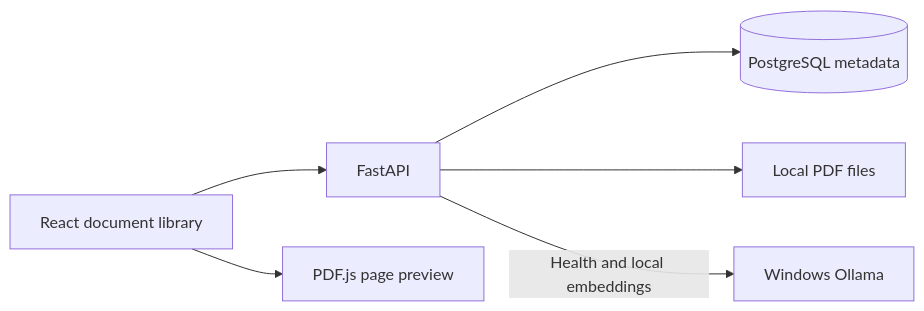
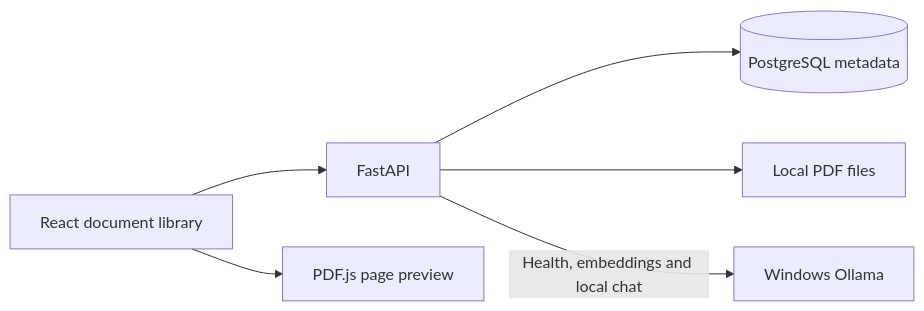
The diagram in README.md (Amrincode/ragvault), drawn with Mermaid before and after one commit. The commit also changed other lines of this file and 29 other files, not shown here.

````diff
--- a/README.md
+++ b/README.md
@@ -23,8 +25,8 @@
 ```mermaid
 flowchart LR
     React[React document library] --> API[FastAPI]
     API --> DB[(PostgreSQL metadata)]
     API --> PDFs[Local PDF files]
     React --> Preview[PDF.js page preview]
-    API -->|Health and local embeddings| Ollama[Windows Ollama]
+    API -->|Health, embeddings and local chat| Ollama[Windows Ollama]
 ```
````
